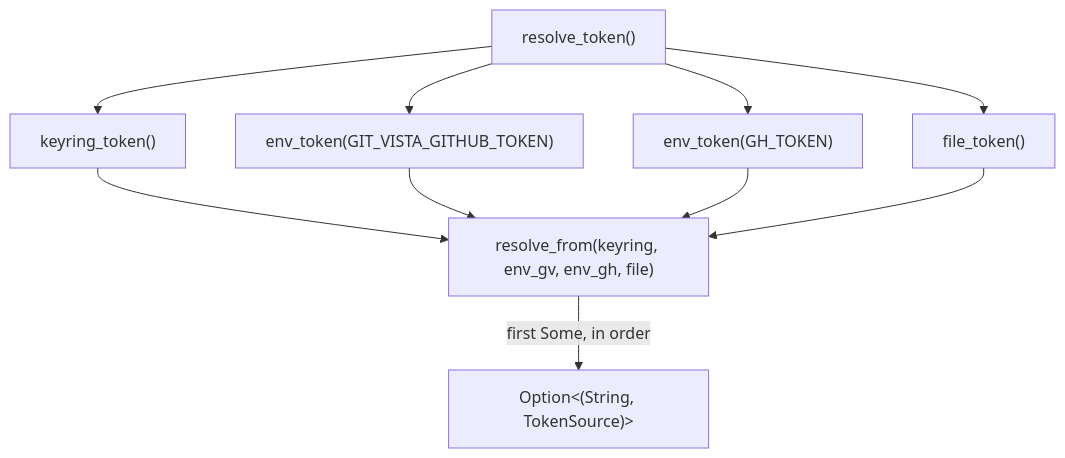
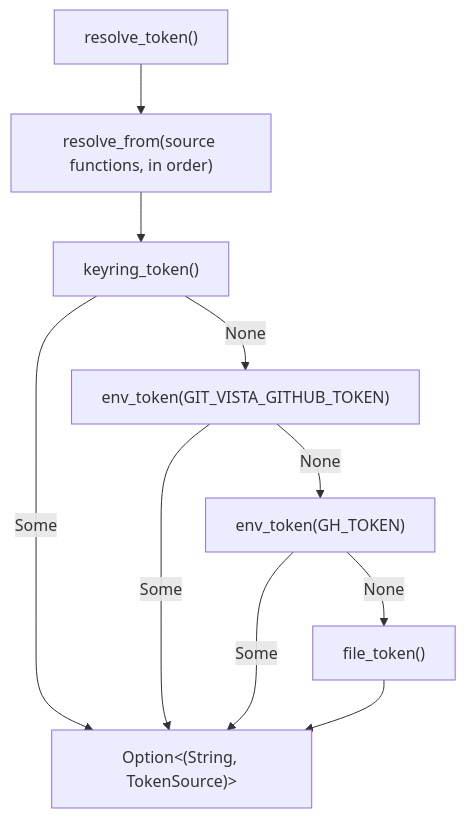
Before and after one commit to tom2025b/git-vista: the diagram in docs/adr/0126-absence-is-the-normal-answer-not-a-caught-error.md, drawn with Mermaid. The commit also changed other lines of this file and 12 other files, not shown here.

````diff
--- a/docs/adr/0126-absence-is-the-normal-answer-not-a-caught-error.md
+++ b/docs/adr/0126-absence-is-the-normal-answer-not-a-caught-error.md
@@ -55,12 +55,12 @@
 ```mermaid
 flowchart TD
-    RT["resolve_token()"] --> KT["keyring_token()"]
-    RT --> GVT["env_token(GIT_VISTA_GITHUB_TOKEN)"]
-    RT --> GHT["env_token(GH_TOKEN)"]
-    RT --> FT["file_token()"]
-    KT --> RF["resolve_from(keyring, env_gv, env_gh, file)"]
-    GVT --> RF
-    GHT --> RF
-    FT --> RF
-    RF -->|first Some, in order| OUT["Option<(String, TokenSource)>"]
+    RT["resolve_token()"] --> RF["resolve_from(source functions, in order)"]
+    RF --> KT["keyring_token()"]
+    KT -->|Some| OUT["Option<(String, TokenSource)>"]
+    KT -->|None| GVT["env_token(GIT_VISTA_GITHUB_TOKEN)"]
+    GVT -->|Some| OUT
+    GVT -->|None| GHT["env_token(GH_TOKEN)"]
+    GHT -->|Some| OUT
+    GHT -->|None| FT["file_token()"]
+    FT --> OUT
 ```
````
